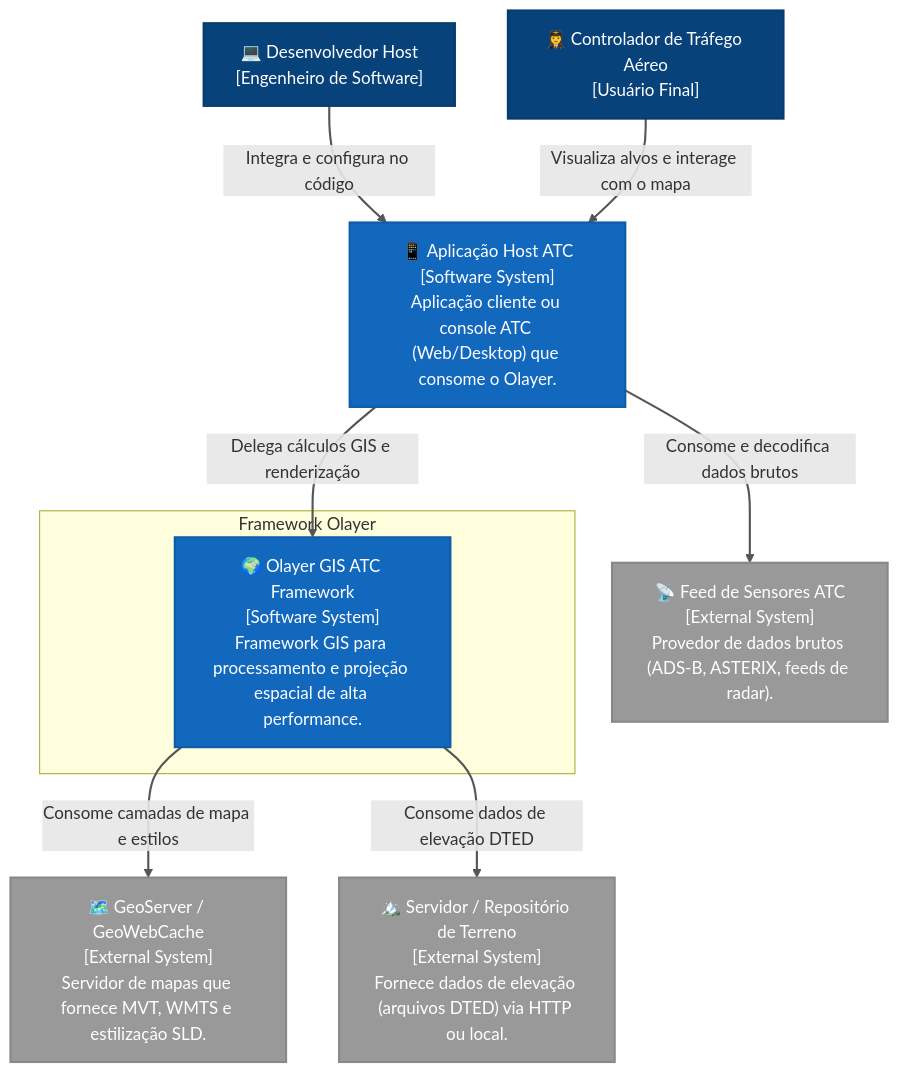
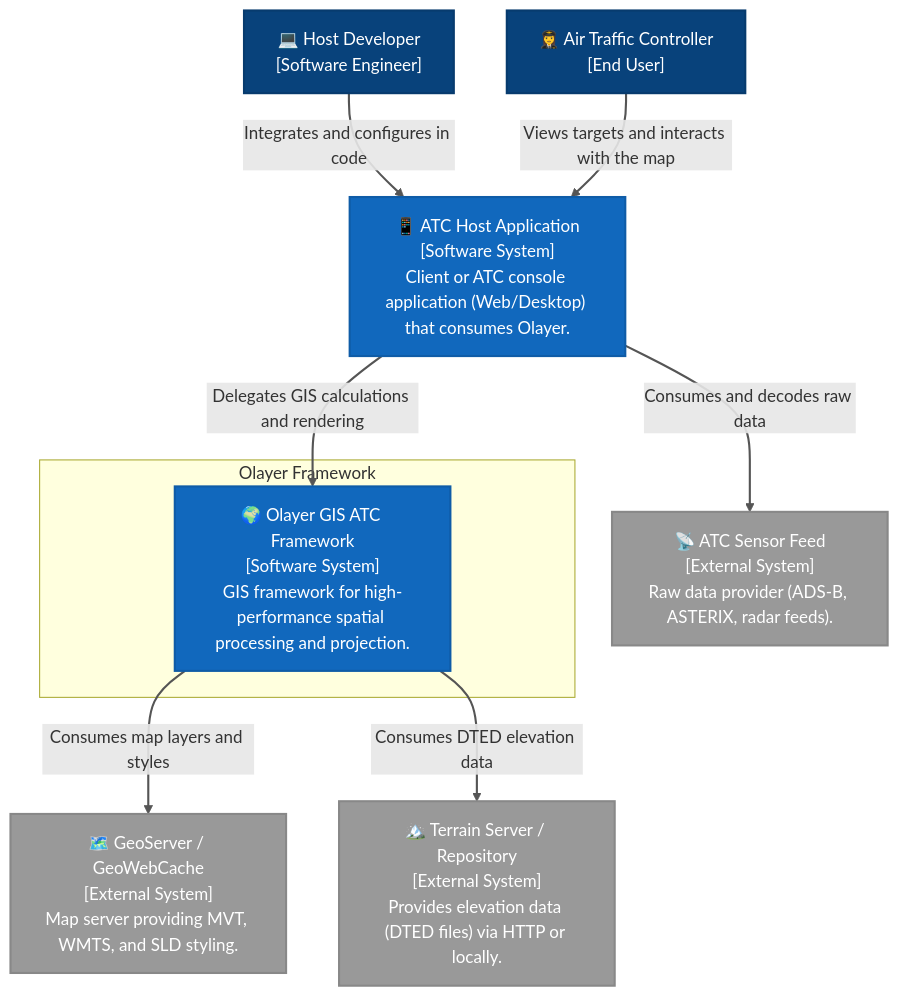
Before and after one commit to rodoni/olayer: the first of 5 diagrams in docs/arch.md, drawn with Mermaid. The commit also changed other lines of this file and 29 other files, not shown here.

````diff
--- a/docs/arch.md
+++ b/docs/arch.md
@@ -12,32 +12,32 @@
 ```mermaid
 graph TB
-    %% Estilos de nós do C4
+    %% C4 node styles
     classDef person fill:#08427B,stroke:#073b6e,color:#ffffff,stroke-width:2px;
     classDef system fill:#1168BD,stroke:#0f5ca7,color:#ffffff,stroke-width:2px;
     classDef external fill:#999999,stroke:#888888,color:#ffffff,stroke-width:2px;
 
-    %% Atores
-    user["👩‍✈️ Controlador de Tráfego Aéreo<br>[Usuário Final]"]:::person
-    dev["💻 Desenvolvedor Host<br>[Engenheiro de Software]"]:::person
+    %% Actors
+    user["👩‍✈️ Air Traffic Controller<br>[End User]"]:::person
+    dev["💻 Host Developer<br>[Software Engineer]"]:::person
     
-    %% Sistema Principal (Fronteira Olayer)
-    subgraph Olayer_Boundary ["Framework Olayer"]
-        olayer["🌍 Olayer GIS ATC Framework<br>[Software System]<br>Framework GIS para processamento e projeção espacial de alta performance."]:::system
+    %% Main System (Olayer Boundary)
+    subgraph Olayer_Boundary ["Olayer Framework"]
+        olayer["🌍 Olayer GIS ATC Framework<br>[Software System]<br>GIS framework for high-performance spatial processing and projection."]:::system
     end
     
-    %% Sistemas Externos
-    host_app["📱 Aplicação Host ATC<br>[Software System]<br>Aplicação cliente ou console ATC (Web/Desktop) que consome o Olayer."]:::system
-    geoserver["🗺️ GeoServer / GeoWebCache<br>[External System]<br>Servidor de mapas que fornece MVT, WMTS e estilização SLD."]:::external
-    sensor_feed["📡 Feed de Sensores ATC<br>[External System]<br>Provedor de dados brutos (ADS-B, ASTERIX, feeds de radar)."]:::external
-    terrain_source["🏔️ Servidor / Repositório de Terreno<br>[External System]<br>Fornece dados de elevação (arquivos DTED) via HTTP ou local."]:::external
+    %% External Systems
+    host_app["📱 ATC Host Application<br>[Software System]<br>Client or ATC console application (Web/Desktop) that consumes Olayer."]:::system
+    geoserver["🗺️ GeoServer / GeoWebCache<br>[External System]<br>Map server providing MVT, WMTS, and SLD styling."]:::external
+    sensor_feed["📡 ATC Sensor Feed<br>[External System]<br>Raw data provider (ADS-B, ASTERIX, radar feeds)."]:::external
+    terrain_source["🏔️ Terrain Server / Repository<br>[External System]<br>Provides elevation data (DTED files) via HTTP or locally."]:::external
     
-    %% Relacionamentos
-    dev -->|Integra e configura no código| host_app
-    user -->|Visualiza alvos e interage com o mapa| host_app
-    host_app -->|Delega cálculos GIS e renderização| olayer
-    host_app -->|Consome e decodifica dados brutos| sensor_feed
-    olayer -->|Consome camadas de mapa e estilos| geoserver
-    olayer -->|Consome dados de elevação DTED| terrain_source
+    %% Relationships
+    dev -->|Integrates and configures in code| host_app
+    user -->|Views targets and interacts with the map| host_app
+    host_app -->|Delegates GIS calculations and rendering| olayer
+    host_app -->|Consumes and decodes raw data| sensor_feed
+    olayer -->|Consumes map layers and styles| geoserver
+    olayer -->|Consumes DTED elevation data| terrain_source
 
     linkStyle 0,1,2,3,4,5 stroke:#555,stroke-width:2px;
 ```
````
